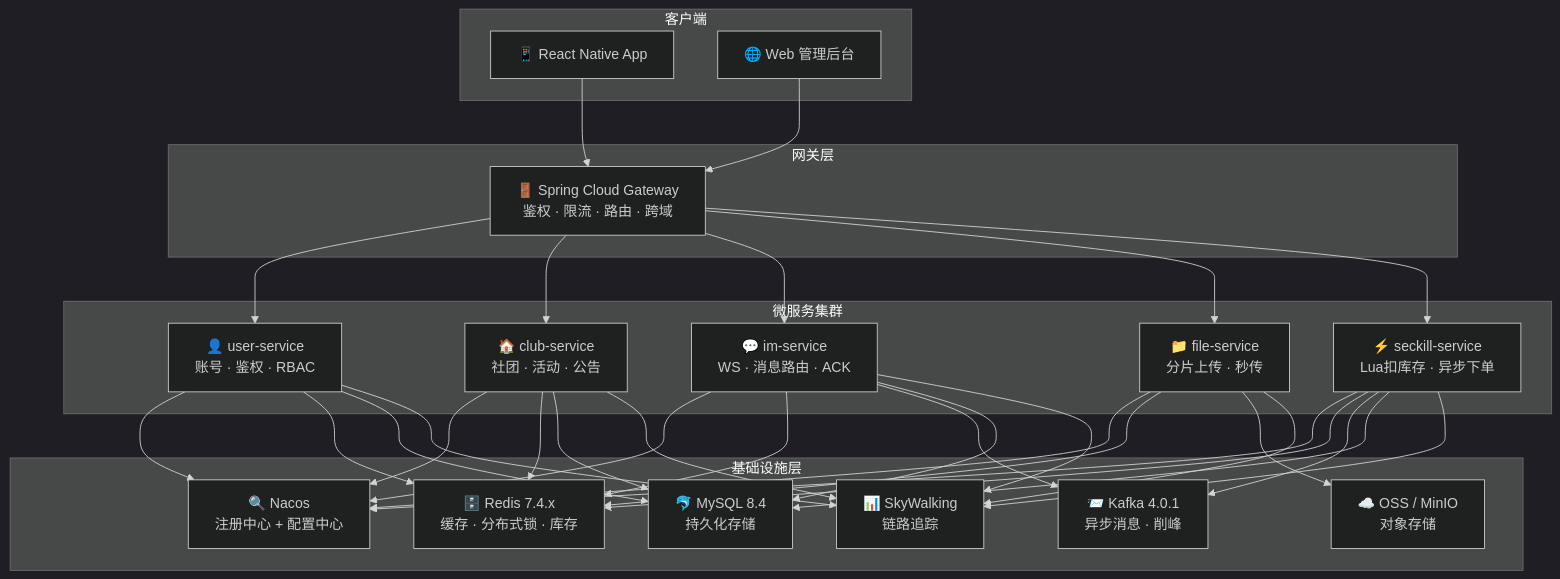
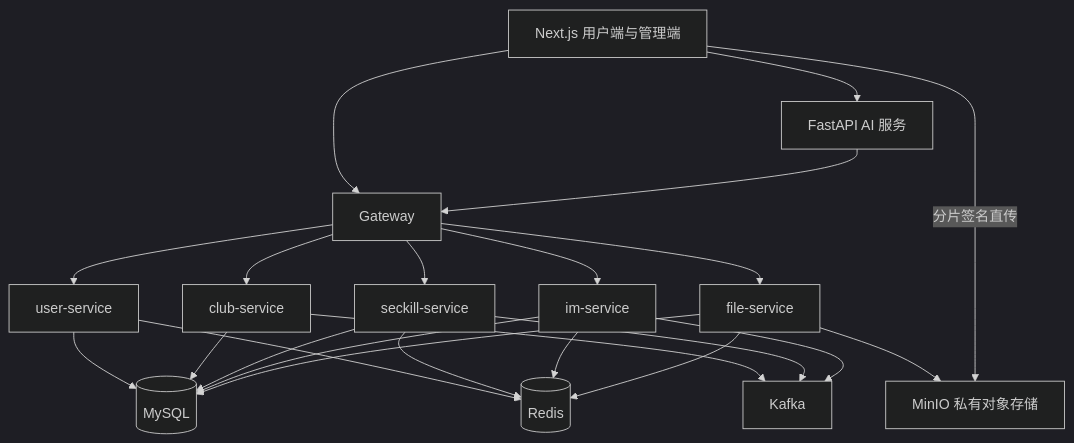
Before and after one commit to Misaki-Akeno/campus-collab-platform: the diagram in ARCHITECTURE.md, drawn with Mermaid (dark theme). The commit also changed other lines of this file and 42 other files, not shown here.

````diff
--- a/ARCHITECTURE.md
+++ b/ARCHITECTURE.md
@@ -33,38 +21,16 @@
 ```mermaid
 graph TB
-    subgraph 客户端
-        Mobile["📱 React Native App"]
-        Web["🌐 Web 管理后台"]
-    end
-
-    subgraph 网关层
-        GW["🚪 Spring Cloud Gateway<br/>鉴权 · 限流 · 路由 · 跨域"]
-    end
-
-    subgraph 微服务集群
-        US["👤 user-service<br/>账号 · 鉴权 · RBAC"]
-        CS["🏠 club-service<br/>社团 · 活动 · 公告"]
-        IS["💬 im-service<br/>WS · 消息路由 · ACK"]
-        FS["📁 file-service<br/>分片上传 · 秒传"]
-        SS["⚡ seckill-service<br/>Lua扣库存 · 异步下单"]
-    end
-
-    subgraph 基础设施层
-        Nacos["🔍 Nacos<br/>注册中心 + 配置中心"]
-        Redis["🗄️ Redis 7.4.x<br/>缓存 · 分布式锁 · 库存"]
-        MySQL["🐬 MySQL 8.4<br/>持久化存储"]
-        Kafka["📨 Kafka 4.0.1<br/>异步消息 · 削峰"]
-        OSS["☁️ OSS / MinIO<br/>对象存储"]
-        Sky["📊 SkyWalking<br/>链路追踪"]
-    end
-
-    Mobile & Web --> GW
-    GW --> US & CS & IS & FS & SS
-    US & CS & IS & FS & SS --> Nacos
-    US --> Redis & MySQL
-    CS --> Redis & MySQL
-    IS --> Redis & Kafka & MySQL
-    FS --> Redis & OSS
-    SS --> Redis & Kafka & MySQL
-    US & CS & IS & FS & SS --> Sky
+    Web[Next.js 用户端与管理端] --> GW[Gateway]
+    Web --> AI[FastAPI AI 服务]
+    AI --> GW
+    GW --> US[user-service]
+    GW --> CS[club-service]
+    GW --> SS[seckill-service]
+    GW --> IM[im-service]
+    GW --> FS[file-service]
+    US & CS & SS & IM & FS --> DB[(MySQL)]
+    US & SS & IM & FS --> R[(Redis)]
+    CS & SS & IM --> K[Kafka]
+    FS --> OSS[MinIO 私有对象存储]
+    Web -->|分片签名直传| OSS
 ```
````
